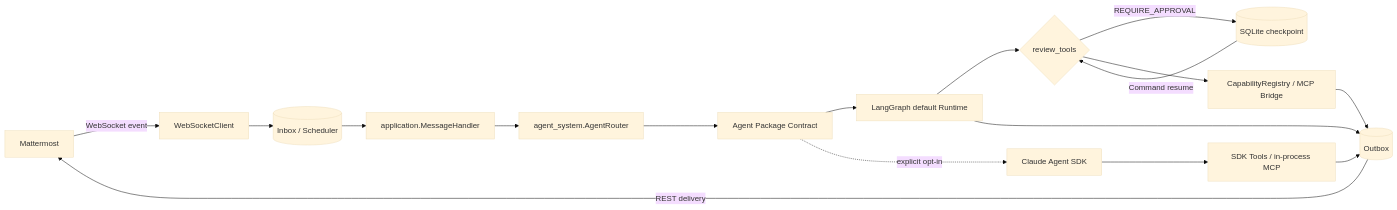
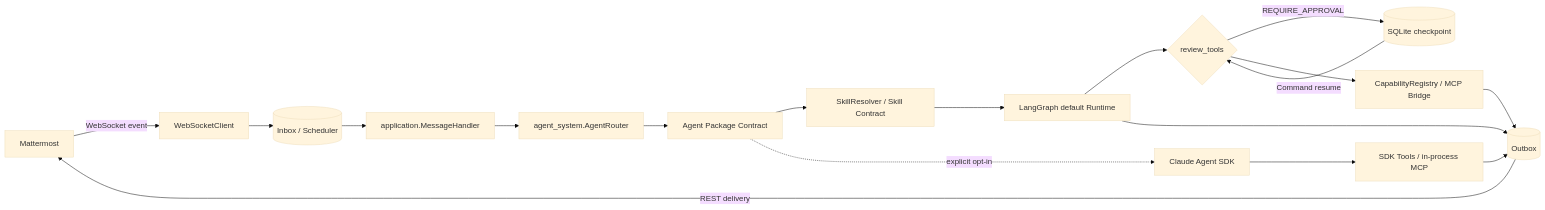
One commit to gqy20/mmag changed the first of 3 diagrams in docs/AI_NATIVE_REFACTORING.md. Above: the diagram before and after it, drawn with Mermaid (base theme). The commit also changed other lines of this file and 107 other files, not shown here.

````diff
--- a/docs/AI_NATIVE_REFACTORING.md
+++ b/docs/AI_NATIVE_REFACTORING.md
@@ -112,19 +112,20 @@
 ```mermaid
 flowchart LR
     MM[Mattermost] -->|WebSocket event| WS[WebSocketClient]
     WS --> IN[(Inbox / Scheduler)]
     IN --> APP[application.MessageHandler]
     APP --> ROUTER[agent_system.AgentRouter]
     ROUTER --> PKG[Agent Package Contract]
-    PKG --> LG[LangGraph default Runtime]
+    PKG --> SKILL[SkillResolver / Skill Contract]
+    SKILL --> LG[LangGraph default Runtime]
     LG --> REVIEW{review_tools}
     REVIEW -->|REQUIRE_APPROVAL| CP[(SQLite checkpoint)]
     CP -->|Command resume| REVIEW
     REVIEW --> REG[CapabilityRegistry / MCP Bridge]
     PKG -. explicit opt-in .-> SDK[Claude Agent SDK]
     SDK --> SDKTOOLS[SDK Tools / in-process MCP]
     SDKTOOLS --> OUT[(Outbox)]
     REG --> OUT
     LG --> OUT
     OUT -->|REST delivery| MM
 ```
````
